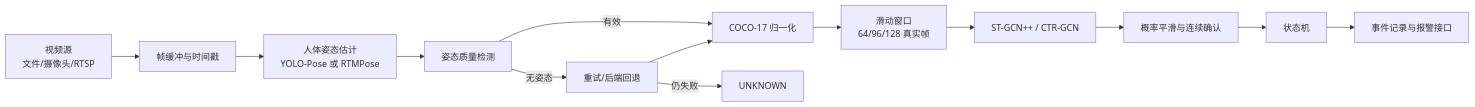
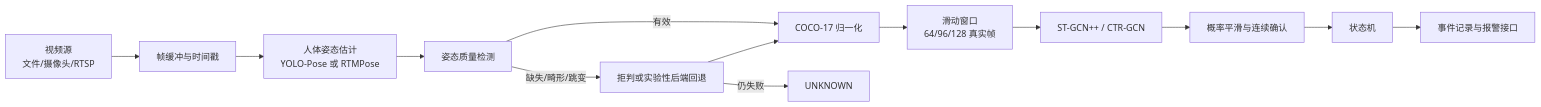
The first of 2 diagrams in docs/SYSTEM_DESIGN.md (passenge3r/Fall-detection-model), drawn with Mermaid before and after one commit. The commit also changed other lines of this file and 2470 other files, not shown here.

````diff
--- a/docs/SYSTEM_DESIGN.md
+++ b/docs/SYSTEM_DESIGN.md
@@ -29,15 +29,15 @@
 ```mermaid
 flowchart LR
     A["视频源<br/>文件/摄像头/RTSP"] --> B["帧缓冲与时间戳"]
     B --> C["人体姿态估计<br/>YOLO-Pose 或 RTMPose"]
     C --> D["姿态质量检测"]
     D -->|"有效"| E["COCO-17 归一化"]
-    D -->|"无姿态"| F["重试/后端回退"]
+    D -->|"缺失/畸形/跳变"| F["拒判或实验性后端回退"]
     F --> E
     F -->|"仍失败"| G["UNKNOWN"]
     E --> H["滑动窗口<br/>64/96/128 真实帧"]
     H --> I["ST-GCN++ / CTR-GCN"]
     I --> J["概率平滑与连续确认"]
     J --> K["状态机"]
     K --> L["事件记录与报警接口"]
 ```
````
